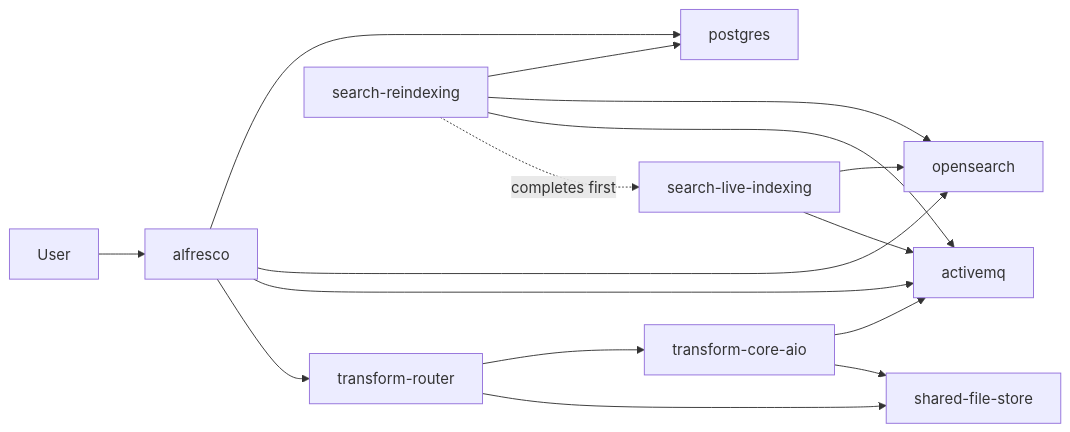
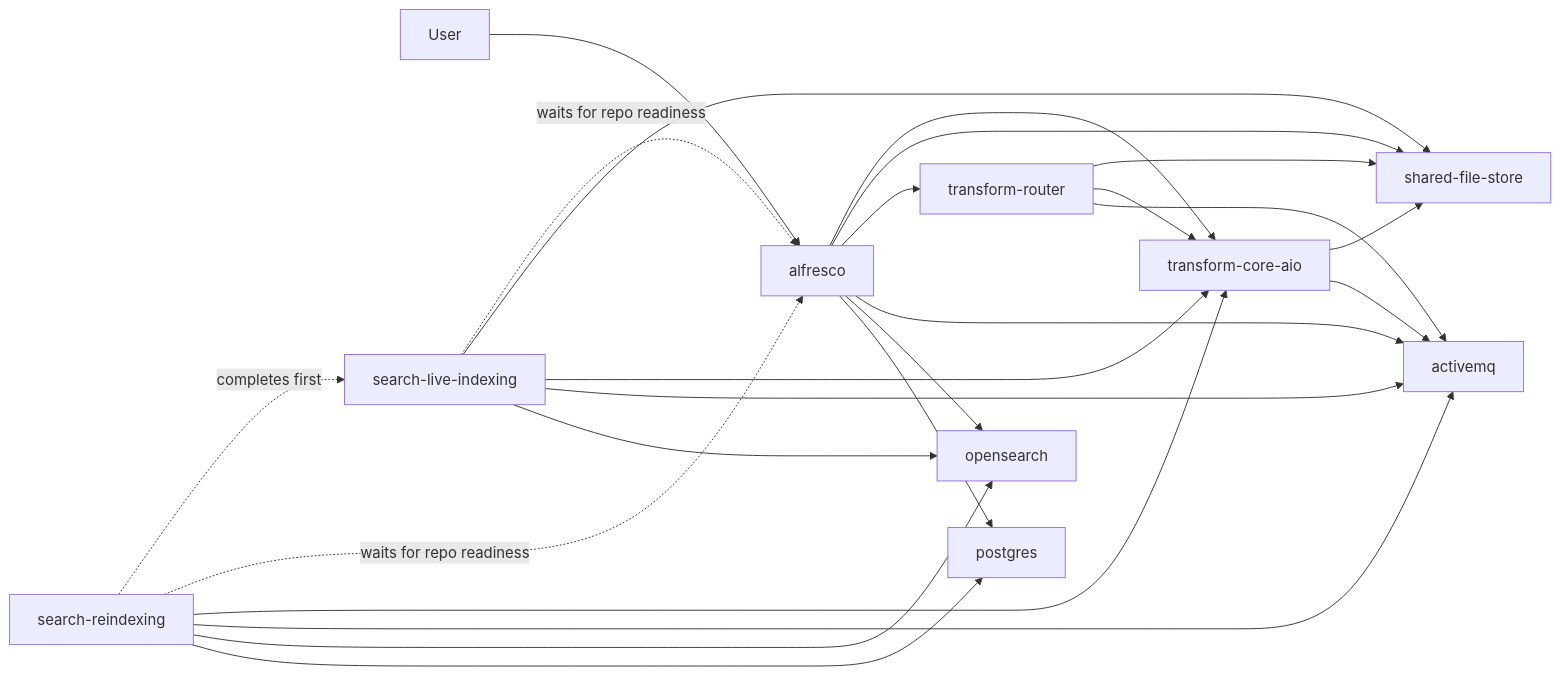
Before and after one commit to aborroy/alfresco-onprem-to-cloud-lab: the fifth of 12 diagrams in README.md, drawn with Mermaid. The commit also changed other lines of this file, not shown here.

Commit message:
Fix mermaid diagrams

````diff
--- a/README.md
+++ b/README.md
@@ -261,18 +267,26 @@
 ```mermaid
 flowchart LR
   user["User"] --> repo["alfresco"]
   repo --> db["postgres"]
   repo --> os["opensearch"]
   repo --> mq["activemq"]
   repo --> tr["transform-router"]
+  repo --> sfs["shared-file-store"]
+  repo --> aio["transform-core-aio"]
+  tr --> mq
   tr --> aio["transform-core-aio"]
   tr --> sfs["shared-file-store"]
   aio --> mq
   aio --> sfs
   reidx["search-reindexing"] --> db
   reidx --> os
   reidx --> mq
+  reidx --> aio
   live["search-live-indexing"] --> os
   live --> mq
+  live --> aio
+  live --> sfs
+  reidx -. "waits for repo readiness" .-> repo
+  live -. "waits for repo readiness" .-> repo
   reidx -. "completes first" .-> live
 ```
````
